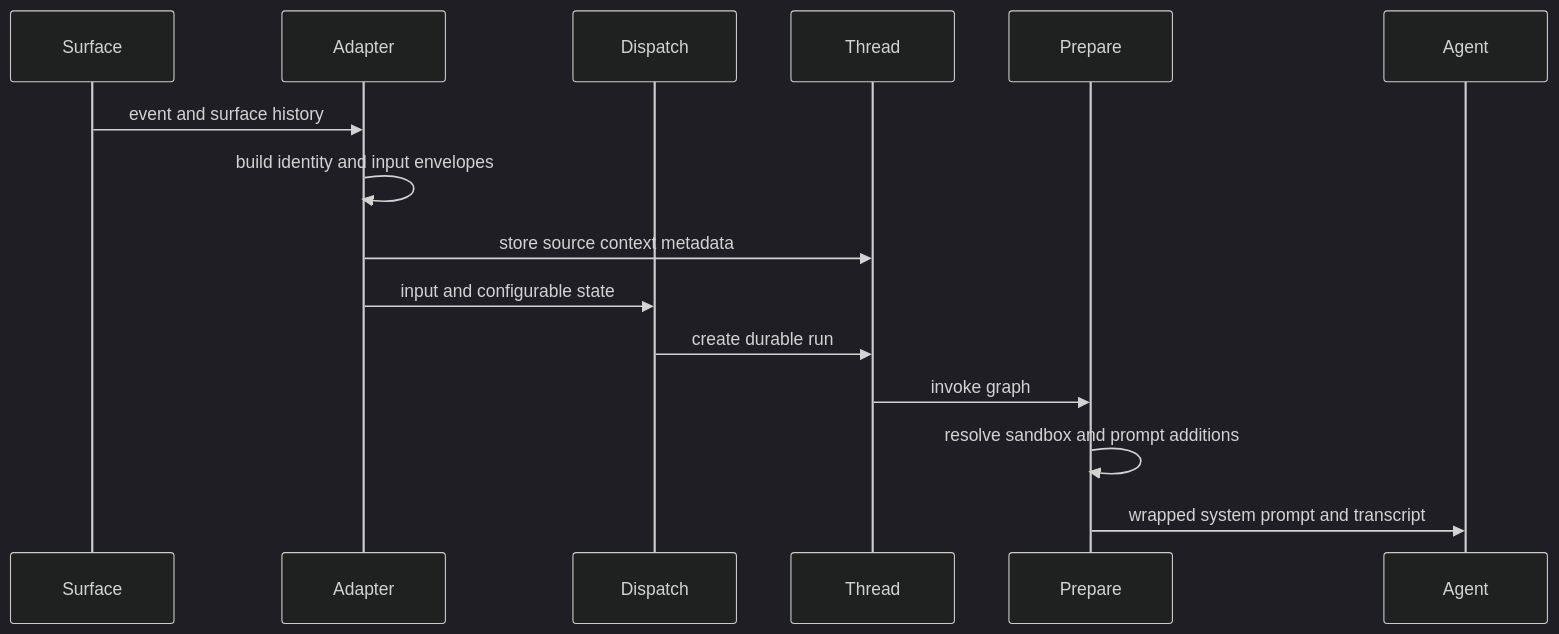
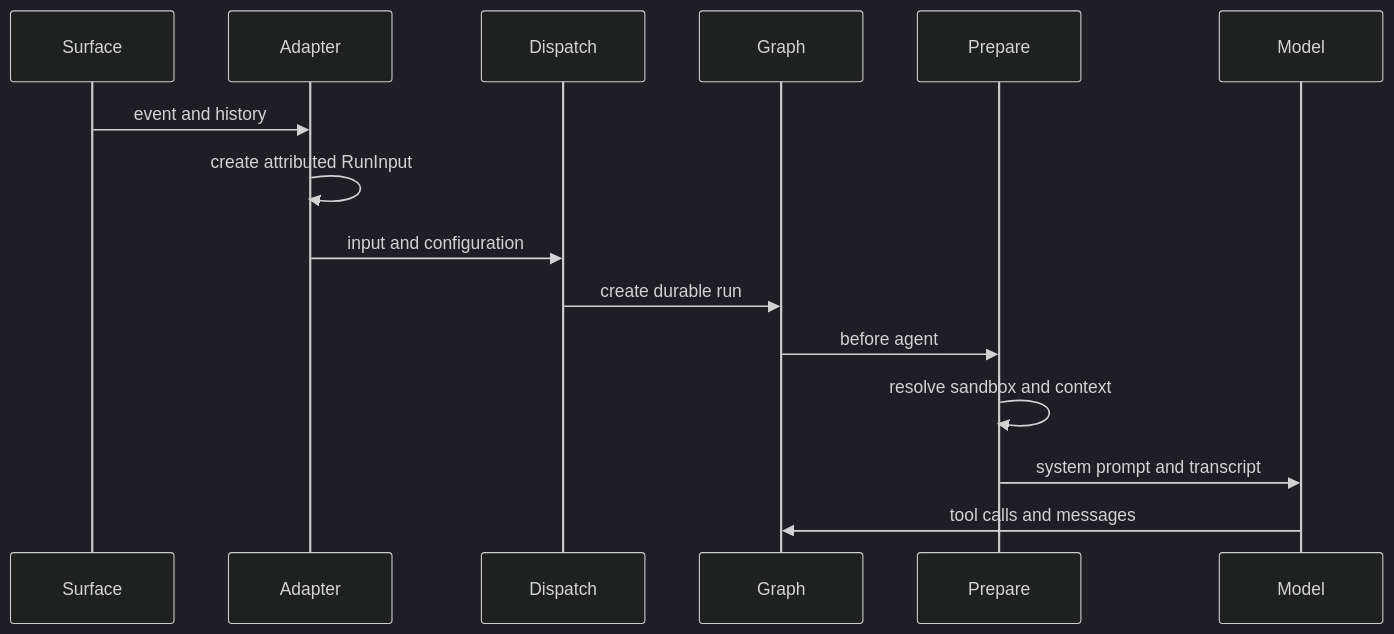
Before and after one commit to langchain-ai/open-swe: the diagram in openwiki/workflows/context-engineering.md, drawn with Mermaid (dark theme). The commit also changed other lines of this file and 51 other files, not shown here.

````diff
--- a/openwiki/workflows/context-engineering.md
+++ b/openwiki/workflows/context-engineering.md
@@ -47,17 +59,17 @@
 ```mermaid
 sequenceDiagram
     participant Surface
     participant Adapter
     participant Dispatch
-    participant Thread
+    participant Graph
     participant Prepare
-    participant Agent
-    Surface->>Adapter: event and surface history
-    Adapter->>Adapter: build identity and input envelopes
-    Adapter->>Thread: store source context metadata
-    Adapter->>Dispatch: input and configurable state
-    Dispatch->>Thread: create durable run
-    Thread->>Prepare: invoke graph
-    Prepare->>Prepare: resolve sandbox and prompt additions
-    Prepare->>Agent: wrapped system prompt and transcript
+    participant Model
+    Surface->>Adapter: event and history
+    Adapter->>Adapter: create attributed RunInput
+    Adapter->>Dispatch: input and configuration
+    Dispatch->>Graph: create durable run
+    Graph->>Prepare: before agent
+    Prepare->>Prepare: resolve sandbox and context
+    Prepare->>Model: system prompt and transcript
+    Model->>Graph: tool calls and messages
 ```
````
